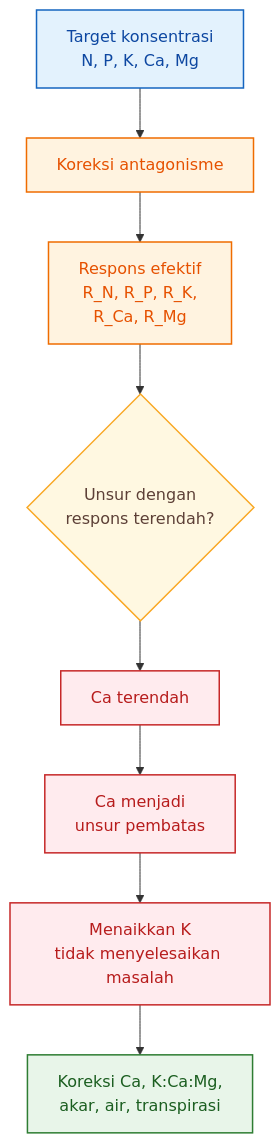
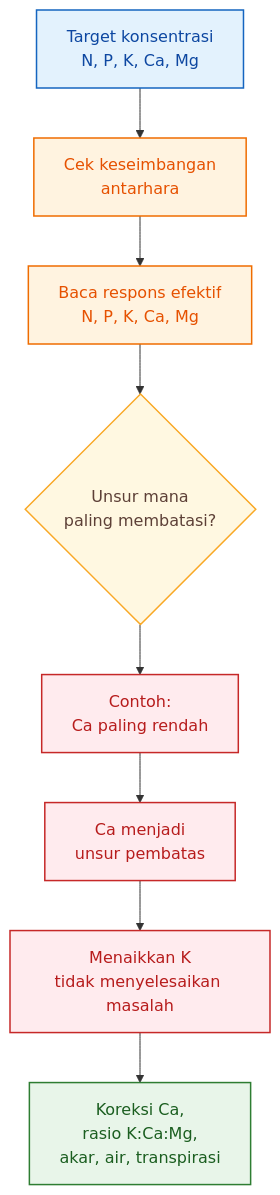
One commit to slametsampon/kawruhnology changed the tenth of 15 diagrams in content/blog/agri/kebon/model-formula-hara.mdx. Above: the diagram before and after it, drawn with Mermaid. The commit also changed other lines of this file and 4 other files, not shown here.

````diff
--- a/content/blog/agri/kebon/model-formula-hara.mdx
+++ b/content/blog/agri/kebon/model-formula-hara.mdx
@@ -3085,23 +2874,23 @@
 ```mermaid id="bab8-unsur-pembatas"
 flowchart TD
-    A["Target konsentrasi<br/>N, P, K, Ca, Mg"] --> B["Koreksi antagonisme"]
-    B --> C["Respons efektif<br/>R_N, R_P, R_K,<br/>R_Ca, R_Mg"]
-    C --> D{"Unsur dengan<br/>respons terendah?"}
+    A["Target konsentrasi<br/>N, P, K, Ca, Mg"] --> B["Cek keseimbangan<br/>antarhara"]
+    B --> C["Baca respons efektif<br/>N, P, K, Ca, Mg"]
+    C --> D{"Unsur mana<br/>paling membatasi?"}
 
-    D --> E["Ca terendah"]
+    D --> E["Contoh:<br/>Ca paling rendah"]
     E --> F["Ca menjadi<br/>unsur pembatas"]
     F --> G["Menaikkan K<br/>tidak menyelesaikan masalah"]
-    G --> H["Koreksi Ca, K:Ca:Mg,<br/>akar, air, transpirasi"]
+    G --> H["Koreksi Ca,<br/>rasio K:Ca:Mg,<br/>akar, air, transpirasi"]
 
     classDef awal fill:#E3F2FD,stroke:#1565C0,stroke-width:1.5px,color:#0D47A1;
     classDef proses fill:#FFF3E0,stroke:#EF6C00,stroke-width:1.5px,color:#E65100;
     classDef keputusan fill:#FFF8E1,stroke:#F9A825,stroke-width:1.5px,color:#5D4037;
     classDef batas fill:#FFEBEE,stroke:#C62828,stroke-width:1.5px,color:#B71C1C;
     classDef koreksi fill:#E8F5E9,stroke:#2E7D32,stroke-width:1.5px,color:#1B5E20;
 
     class A awal;
     class B,C proses;
     class D keputusan;
     class E,F,G batas;
     class H koreksi;
 ```
````
